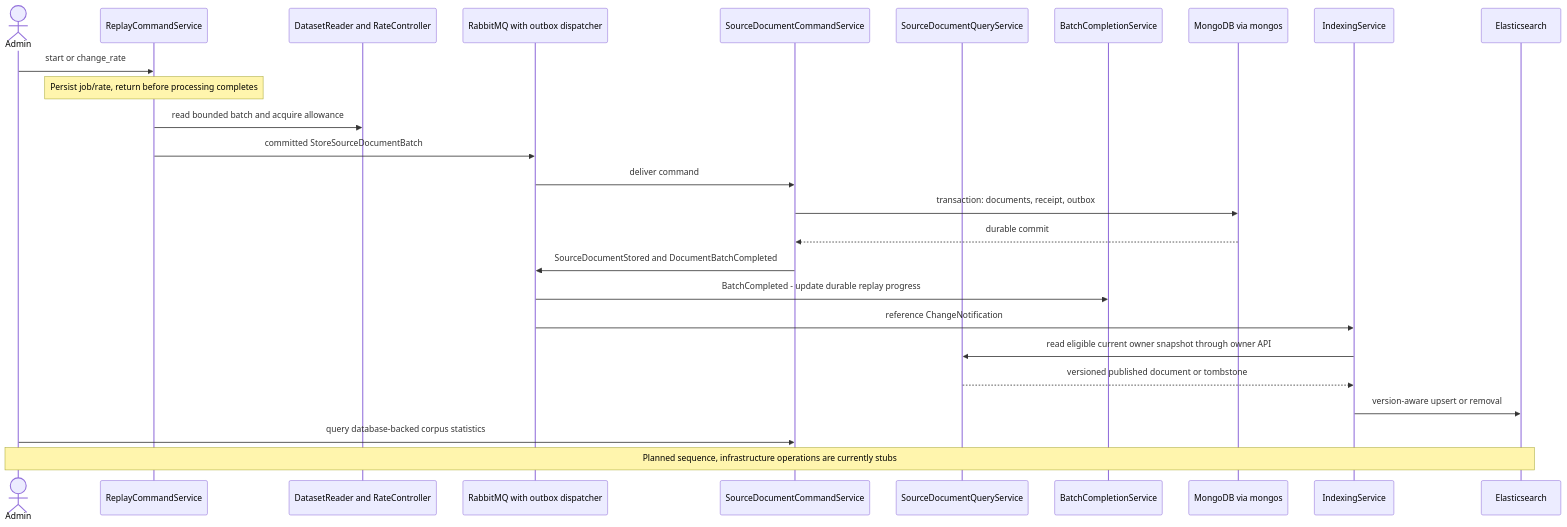
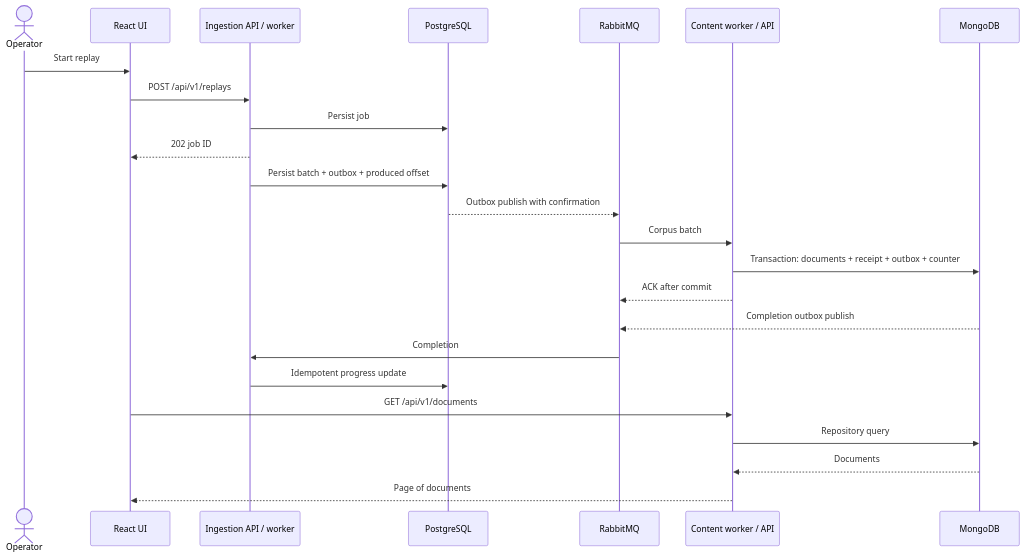
The eighth of 8 diagrams in docs/diagrams.md (IvnMrzv07/db-is-course-project), drawn with Mermaid before and after one commit. The commit also changed other lines of this file and 547 other files, not shown here.

Commit message:
Implement stages 9-12 corpus pipeline and UI; organize repository

````diff
--- a/docs/diagrams.md
+++ b/docs/diagrams.md
@@ -754,28 +701,26 @@
 ```mermaid
 sequenceDiagram
-    actor Admin
-    participant RC as ReplayCommandService
-    participant R as DatasetReader and RateController
-    participant MQ as RabbitMQ with outbox dispatcher
-    participant C as SourceDocumentCommandService
-    participant CQ as SourceDocumentQueryService
-    participant BC as BatchCompletionService
-    participant DB as MongoDB via mongos
-    participant S as IndexingService
-    participant ES as Elasticsearch
-    Admin->>RC: start or change_rate
-    Note over RC: Persist job/rate, return before processing completes
-    RC->>R: read bounded batch and acquire allowance
-    RC->>MQ: committed StoreSourceDocumentBatch
-    MQ->>C: deliver command
-    C->>DB: transaction: documents, receipt, outbox
-    DB-->>C: durable commit
-    C->>MQ: SourceDocumentStored and DocumentBatchCompleted
-    MQ->>BC: BatchCompleted - update durable replay progress
-    MQ->>S: reference ChangeNotification
-    S->>CQ: read eligible current owner snapshot through owner API
-    CQ-->>S: versioned published document or tombstone
-    S->>ES: version-aware upsert or removal
-    Admin->>C: query database-backed corpus statistics
-    Note over Admin,ES: Planned sequence, infrastructure operations are currently stubs
+    actor Operator
+    participant UI as React UI
+    participant I as Ingestion API / worker
+    participant P as PostgreSQL
+    participant Q as RabbitMQ
+    participant C as Content worker / API
+    participant M as MongoDB
+    Operator->>UI: Start replay
+    UI->>I: POST /api/v1/replays
+    I->>P: Persist job
+    I-->>UI: 202 job ID
+    I->>P: Persist batch + outbox + produced offset
+    P-->>Q: Outbox publish with confirmation
+    Q->>C: Corpus batch
+    C->>M: Transaction: documents + receipt + outbox + counter
+    C-->>Q: ACK after commit
+    M-->>Q: Completion outbox publish
+    Q->>I: Completion
+    I->>P: Idempotent progress update
+    UI->>C: GET /api/v1/documents
+    C->>M: Repository query
+    M-->>C: Documents
+    C-->>UI: Page of documents
 ```
````
